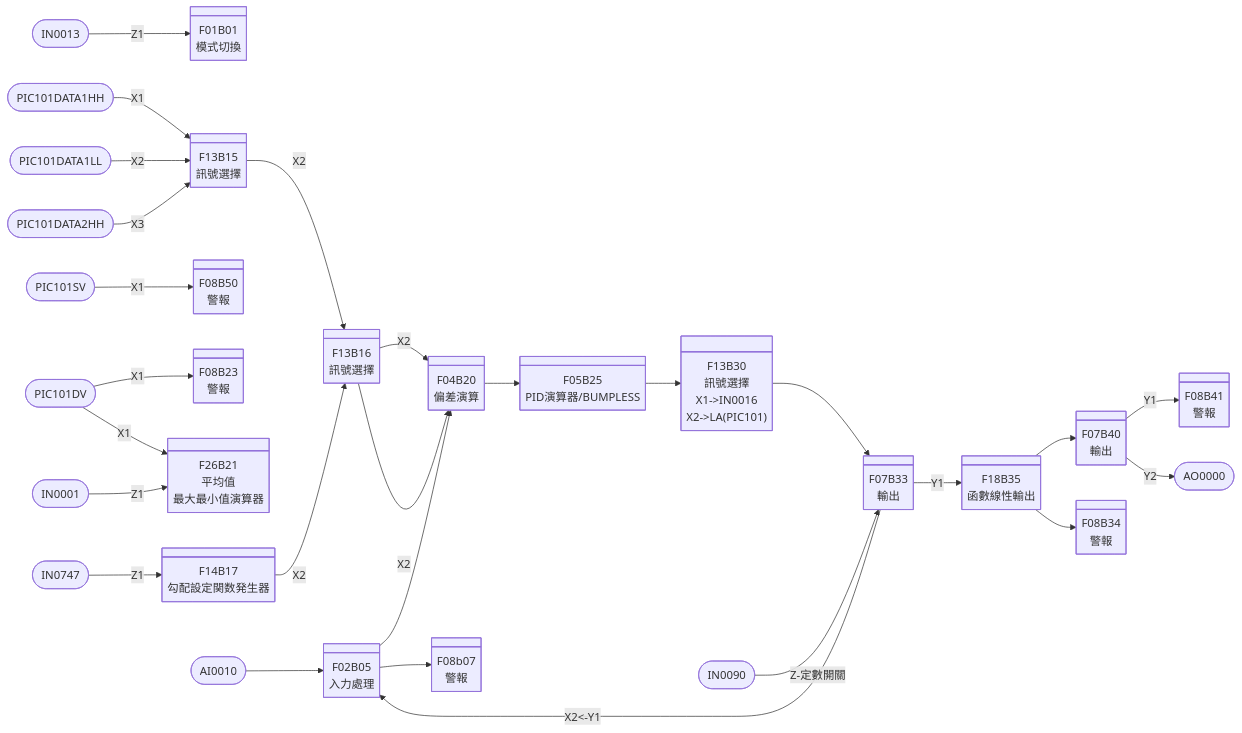
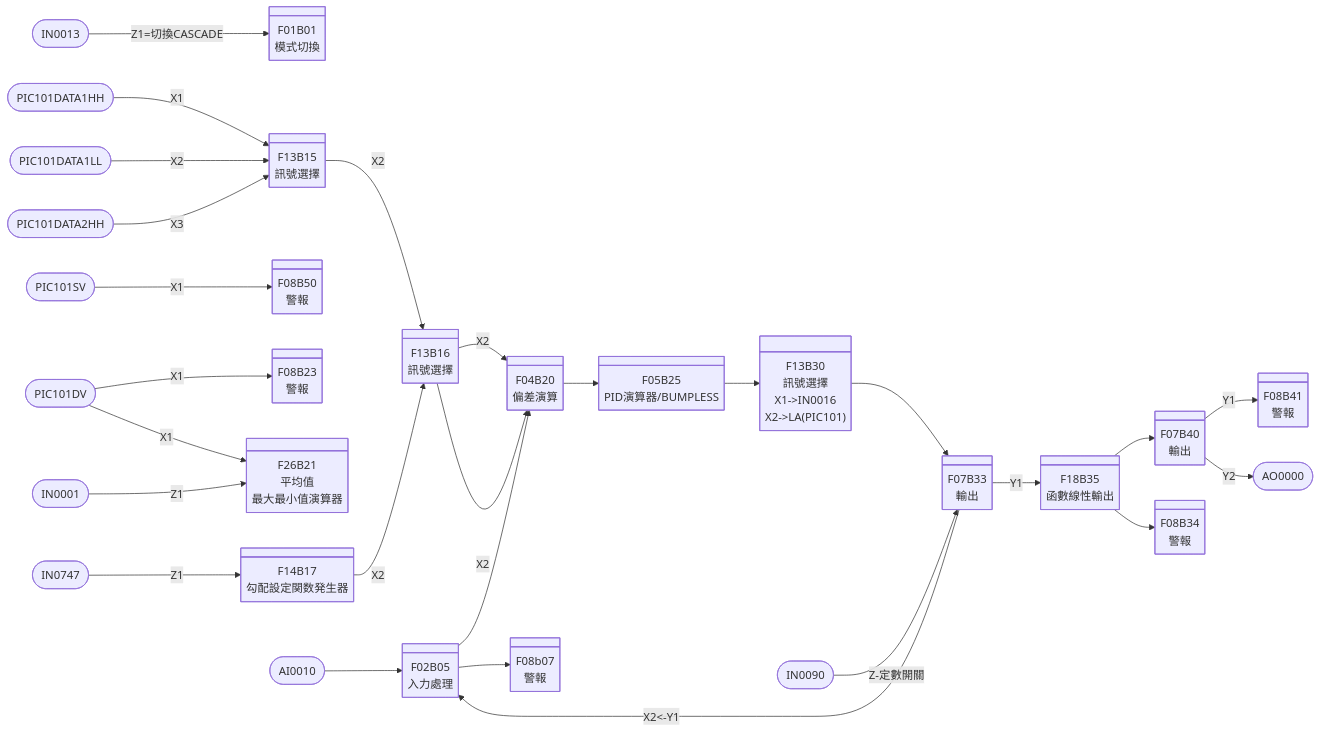
One commit to HachiTsai/Hello-World changed the third of 3 diagrams in EX-N01A-NOTE/ST1-4/DDC/Loop.md. Above: the diagram before and after it, drawn with Mermaid. The commit also changed 14 other files, not shown here.

````diff
--- a/EX-N01A-NOTE/ST1-4/DDC/Loop.md
+++ b/EX-N01A-NOTE/ST1-4/DDC/Loop.md
@@ -50,63 +50,65 @@
 ```mermaid
 flowchart LR
         F01B01@{ shape: div-rect, label: "F01B01<br>模式切換" }
 
         F02B05@{ shape: div-rect, label: "F02B05<br>入力處理" }
         F04B20@{ shape: div-rect, label: "F04B20<br>偏差演算 " }
         F05B25@{ shape: div-rect, label: "F05B25<br>PID演算器/BUMPLESS" }
         F13B30@{ shape: div-rect, label: "F13B30<br>訊號選擇<br>X1->IN0016<br>X2->LA(PIC101)"}
         F07B33@{ shape: div-rect, label: "F07B33<br>輸出 " }
         F08B07@{ shape: div-rect, label: "F08b07<br>警報 " }
 
         F13B15@{ shape: div-rect, label: "F13B15<br>訊號選擇 " }
         F13B16@{ shape: div-rect, label: "F13B16<br>訊號選擇 " }
         F08B23@{ shape: div-rect, label: "F08B23<br>警報 " }
 
         F18B35@{ shape: div-rect, label: "F18B35<br>函數線性輸出 " }
         F07B40@{ shape: div-rect, label: "F07B40<br>輸出 " }
 
         F08B50@{ shape: div-rect, label: "F08B50<br>警報 " }
         F08B34@{ shape: div-rect, label: "F08B34<br>警報 " }
         F08B41@{ shape: div-rect, label: "F08B41<br>警報 " }
         F26B21@{ shape: div-rect, label: "F26B21<br>平均值<br>最大最小值演算器 " }
         F14B17@{ shape: div-rect, label: "F14B17<br>勾配設定関数発生器 " }
 
         PIC101DATA1HH([PIC101DATA1HH])
         PIC101DATA1LL([PIC101DATA1LL])
         PIC101DATA2HH([PIC101DATA2HH])
         IN0747([IN0747])
 
         PIC101SV([PIC101SV])
         IN0013([IN0013])
 
         PIC101DV([PIC101DV])
         IN0001([IN0001])
 
 
 
         AI0010([AI0010]) --> F02B05
         F02B05 --> F04B20 & F08B07
         F04B20 --> F05B25
         F05B25 --> F13B30
         F13B30 --> F07B33
         IN0090([IN0090]) -->|Z-定數開關| F07B33
         F07B33 -->|X2<-Y1| F02B05
         F07B33 -->|Y1|F18B35
         F18B35 --> F07B40 & F08B34
         F07B40 -->|Y1| F08B41
         F07B40 -->|Y2| AO0000([AO0000])
 
         PIC101DATA1HH -->|X1| F13B15
         PIC101DATA1LL -->|X2| F13B15
         PIC101DATA2HH -->|X3| F13B15
         F13B15 -->|X2| F13B16
         IN0747 -->|Z1| F14B17
         F14B17 -->|X2| F13B16
         F13B16 -->|X2|F04B20
         F13B16 -->|X2| F04B20
         
-        IN0013 -->|Z1|F01B01
+        %% mode change
+        IN0013 -->|Z1=切換CASCADE|F01B01
+
         PIC101SV -->|X1|F08B50
         PIC101DV -->|X1|F08B23 & F26B21
         IN0001 -->|Z1|F26B21    
 ```
````
